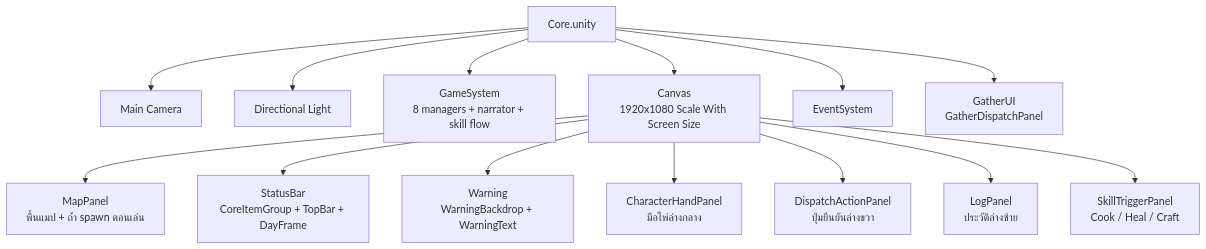
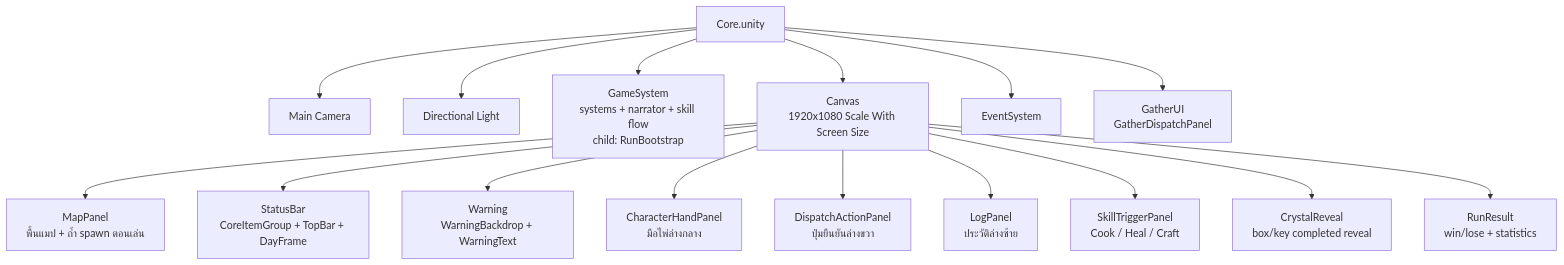
One commit to nopponaim603/clogged changed the diagram in docs/software/06-unity-core-scene-hierarchy.md. Above: the diagram before and after it, drawn with Mermaid. The commit also changed other lines of this file and 10 other files, not shown here.

````diff
--- a/docs/software/06-unity-core-scene-hierarchy.md
+++ b/docs/software/06-unity-core-scene-hierarchy.md
@@ -20,18 +20,20 @@
 ```mermaid
 flowchart TD
     Scene["Core.unity"]
     Scene --> Cam["Main Camera"]
     Scene --> Light["Directional Light"]
-    Scene --> GS["GameSystem<br/>8 managers + narrator + skill flow"]
+    Scene --> GS["GameSystem<br/>systems + narrator + skill flow<br/>child: RunBootstrap"]
     Scene --> Canvas["Canvas<br/>1920x1080 Scale With Screen Size"]
     Scene --> ES["EventSystem"]
     Scene --> GUI["GatherUI<br/>GatherDispatchPanel"]
 
     Canvas --> Map["MapPanel<br/>พื้นแมป + ถ้ำ spawn ตอนเล่น"]
     Canvas --> SB["StatusBar<br/>CoreItemGroup + TopBar + DayFrame"]
     Canvas --> WB["Warning<br/>WarningBackdrop + WarningText"]
     Canvas --> Hand["CharacterHandPanel<br/>มือไพ่ล่างกลาง"]
     Canvas --> Act["DispatchActionPanel<br/>ปุ่มยืนยันล่างขวา"]
     Canvas --> Log["LogPanel<br/>ประวัติล่างซ้าย"]
     Canvas --> Skill["SkillTriggerPanel<br/>Cook / Heal / Craft"]
+    Canvas --> Reveal["CrystalReveal<br/>box/key completed reveal"]
+    Canvas --> Result["RunResult<br/>win/lose + statistics"]
 ```
````
